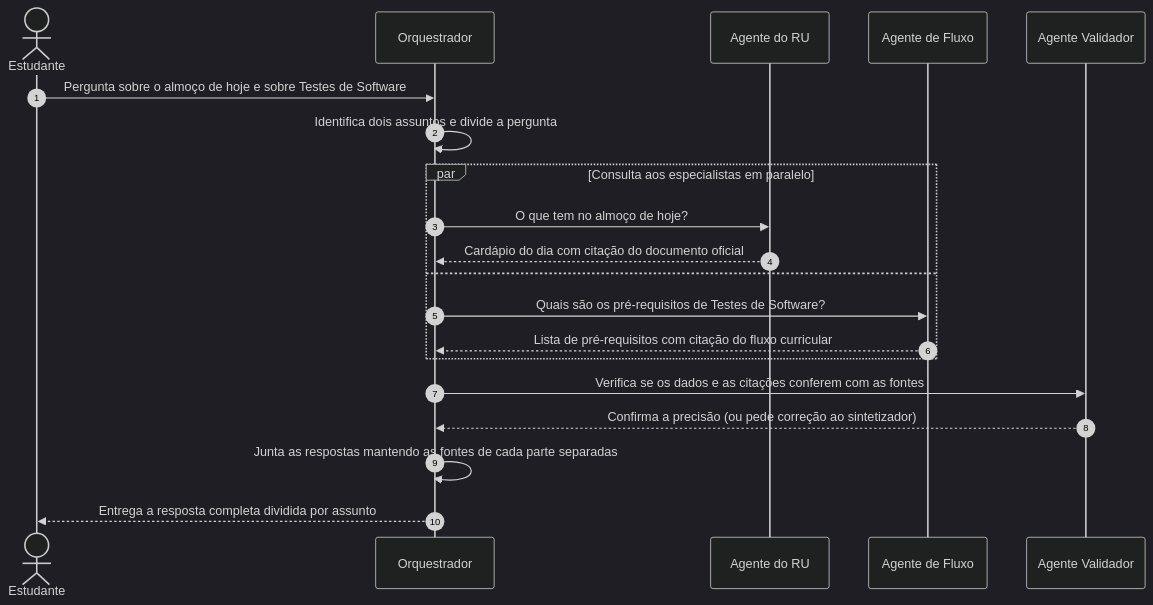
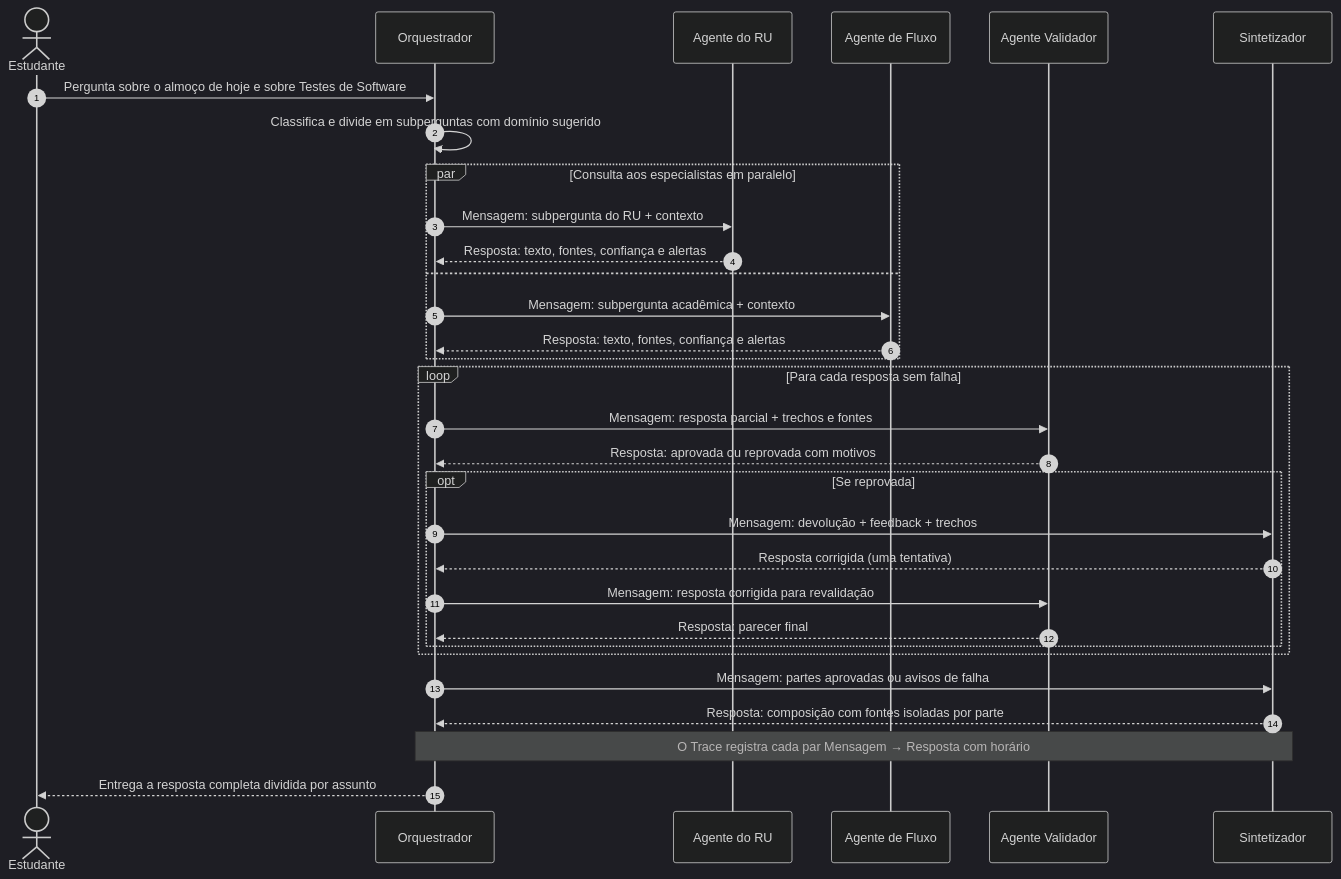
One commit to maykonjuso/residencia-grupo-4 changed the diagram in docs/entrega-4/fluxo-de-interacao.md. Above: the diagram before and after it, drawn with Mermaid (dark theme). The commit also changed other lines of this file and 4 other files, not shown here.

````diff
--- a/docs/entrega-4/fluxo-de-interacao.md
+++ b/docs/entrega-4/fluxo-de-interacao.md
@@ -11,23 +11,34 @@
 ```mermaid
 sequenceDiagram
     autonumber
     actor E as Estudante
     participant O as Orquestrador
     participant RU as Agente do RU
     participant FL as Agente de Fluxo
     participant V as Agente Validador
+    participant S as Sintetizador
 
     E->>O: Pergunta sobre o almoço de hoje e sobre Testes de Software
-    O->>O: Identifica dois assuntos e divide a pergunta
+    O->>O: Classifica e divide em subperguntas com domínio sugerido
     par Consulta aos especialistas em paralelo
-        O->>RU: O que tem no almoço de hoje?
-        RU-->>O: Cardápio do dia com citação do documento oficial
+        O->>RU: Mensagem: subpergunta do RU + contexto
+        RU-->>O: Resposta: texto, fontes, confiança e alertas
     and
-        O->>FL: Quais são os pré-requisitos de Testes de Software?
-        FL-->>O: Lista de pré-requisitos com citação do fluxo curricular
+        O->>FL: Mensagem: subpergunta acadêmica + contexto
+        FL-->>O: Resposta: texto, fontes, confiança e alertas
     end
-    O->>V: Verifica se os dados e as citações conferem com as fontes
-    V-->>O: Confirma a precisão (ou pede correção ao sintetizador)
-    O->>O: Junta as respostas mantendo as fontes de cada parte separadas
+    loop Para cada resposta sem falha
+        O->>V: Mensagem: resposta parcial + trechos e fontes
+        V-->>O: Resposta: aprovada ou reprovada com motivos
+        opt Se reprovada
+            O->>S: Mensagem: devolução + feedback + trechos
+            S-->>O: Resposta corrigida (uma tentativa)
+            O->>V: Mensagem: resposta corrigida para revalidação
+            V-->>O: Resposta: parecer final
+        end
+    end
+    O->>S: Mensagem: partes aprovadas ou avisos de falha
+    S-->>O: Resposta: composição com fontes isoladas por parte
+    Note over O,S: O Trace registra cada par Mensagem → Resposta com horário
     O-->>E: Entrega a resposta completa dividida por assunto
 ```
````
